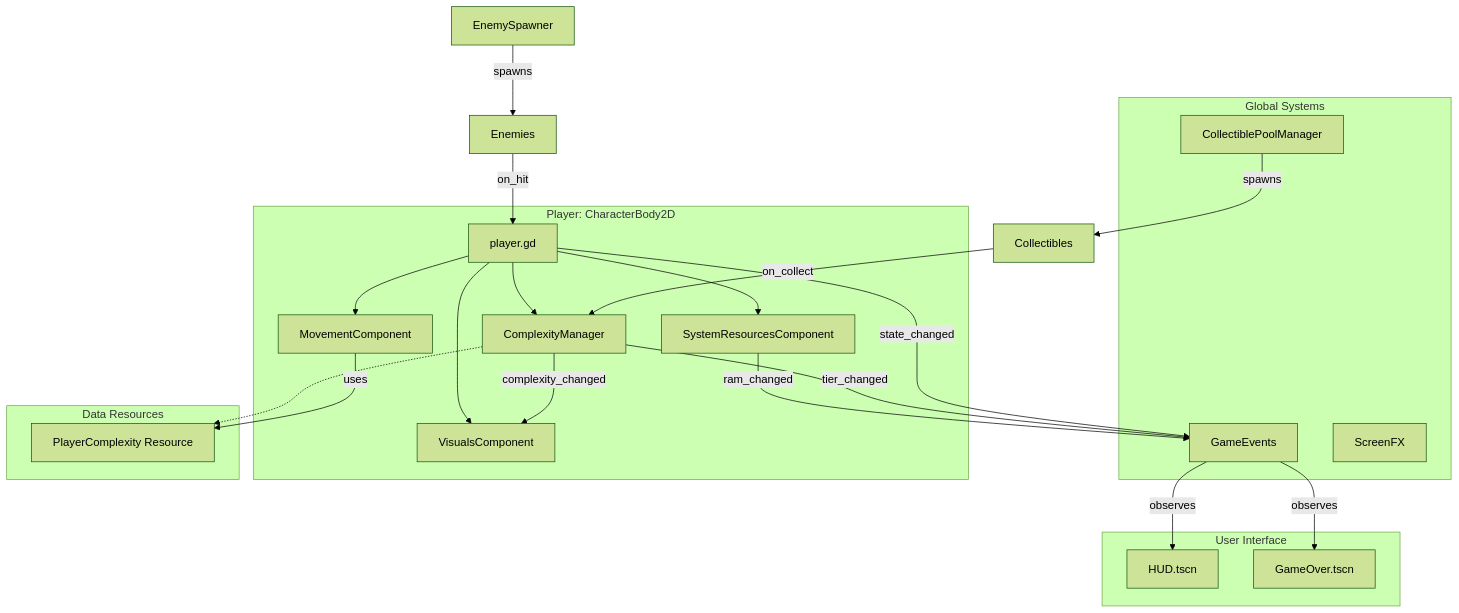
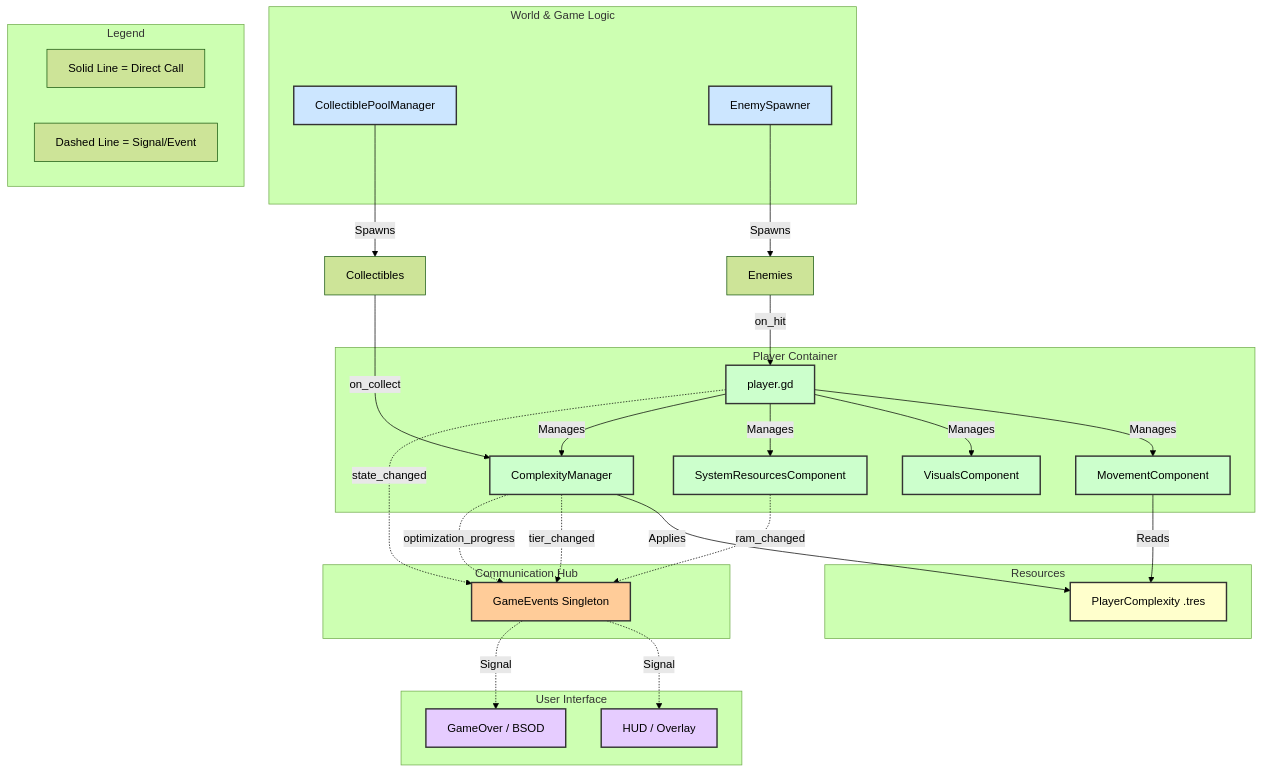
One commit to sizzlingsisig/big-o changed the first of 3 diagrams in docs/diagram.md. Above: the diagram before and after it, drawn with Mermaid (forest theme). The commit also changed other lines of this file and 1 other file, not shown here.

````diff
--- a/docs/diagram.md
+++ b/docs/diagram.md
@@ -9,51 +9,71 @@
 ```mermaid
 graph TD
-    subgraph Singletons [Global Systems]
-        GE[GameEvents]
-        SFX[ScreenFX]
+    %% Styling
+    classDef singleton fill:#ffcc99,stroke:#333,stroke-width:2px;
+    classDef playerComp fill:#ccffcc,stroke:#333,stroke-width:2px;
+    classDef resource fill:#ffffcc,stroke:#333,stroke-width:2px;
+    classDef ui fill:#e6ccff,stroke:#333,stroke-width:2px;
+    classDef manager fill:#cce6ff,stroke:#333,stroke-width:2px;
+
+    subgraph World_Systems [World & Game Logic]
         CM[CollectiblePoolManager]
+        ES[EnemySpawner]
     end
+    class CM,ES manager;
 
-    subgraph PlayerEntity [Player: CharacterBody2D]
+    subgraph Global_Bus [Communication Hub]
+        GE[GameEvents Singleton]
+    end
+    class GE singleton;
+
+    subgraph Player_Entity [Player Container]
         P[player.gd]
         MC[MovementComponent]
         VC[VisualsComponent]
         SRC[SystemResourcesComponent]
         CXM[ComplexityManager]
     end
+    class P,MC,VC,SRC,CXM playerComp;
 
-    subgraph Config [Data Resources]
-        PCR[PlayerComplexity Resource]
+    subgraph Config_Data [Resources]
+        PCR[PlayerComplexity .tres]
     end
+    class PCR resource;
 
     subgraph UI_Layer [User Interface]
-        HUD[HUD.tscn]
-        GOS[GameOver.tscn]
+        HUD[HUD / Overlay]
+        GOS[GameOver / BSOD]
     end
+    class HUD,GOS ui;
 
-    %% Player Component Connections
-    P --> MC
-    P --> VC
-    P --> SRC
-    P --> CXM
+    %% Logic Connections (Direct Calls)
+    P -->|Manages| MC
+    P -->|Manages| VC
+    P -->|Manages| SRC
+    P -->|Manages| CXM
+    
+    CXM -->|Applies| PCR
+    MC -->|Reads| PCR
 
-    %% Complexity & Data
-    CXM -.-> PCR
-    CXM -- "complexity_changed" --> VC
-    MC -- "uses" --> PCR
-
-    %% Event Bus Communication
-    SRC -- "ram_changed" --> GE
-    CXM -- "tier_changed" --> GE
-    P -- "state_changed" --> GE
+    %% Event Bus Flow (Signals)
+    SRC -.->|ram_changed| GE
+    CXM -.->|tier_changed| GE
+    CXM -.->|optimization_progress| GE
+    P -.->|state_changed| GE
     
-    GE -- "observes" --> HUD
-    GE -- "observes" --> GOS
+    GE -.->|Signal| HUD
+    GE -.->|Signal| GOS
 
     %% World Interactions
-    CM -- "spawns" --> COL[Collectibles]
-    ES[EnemySpawner] -- "spawns" --> EN[Enemies]
+    CM -->|Spawns| COL[Collectibles]
+    ES -->|Spawns| EN[Enemies]
     
-    COL -- "on_collect" --> CXM
-    EN -- "on_hit" --> P
+    COL -->|on_collect| CXM
+    EN -->|on_hit| P
+
+    %% Legend
+    subgraph Legend
+        L1[Solid Line = Direct Call]
+        L2[Dashed Line = Signal/Event]
+    end
 ```
````
